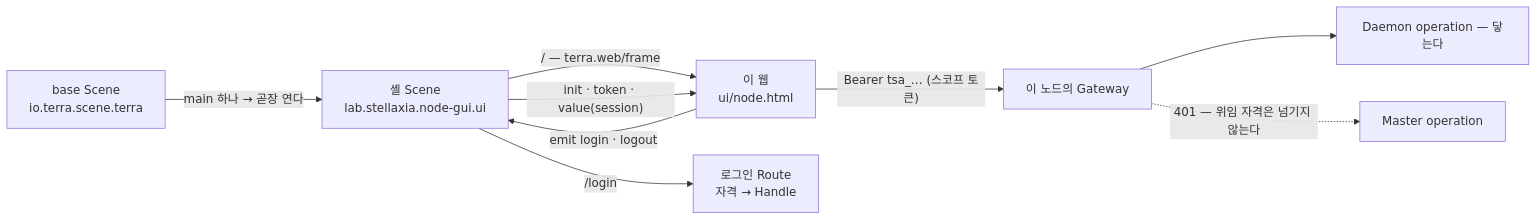
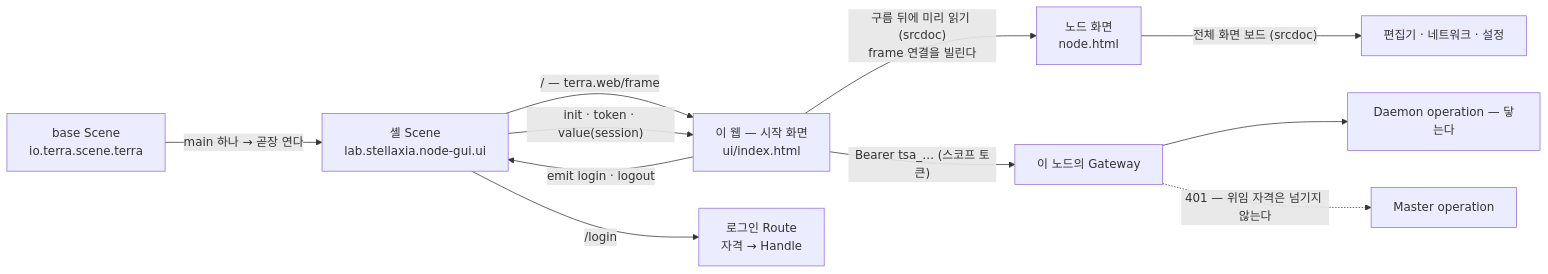
Before and after one commit to StellaxiaLab/modules: the second of 3 diagrams in common/lab.stellaxia.node-gui/web/docs/architecture.md, drawn with Mermaid. The commit also changed other lines of this file and 14 other files, not shown here.

````diff
--- a/common/lab.stellaxia.node-gui/web/docs/architecture.md
+++ b/common/lab.stellaxia.node-gui/web/docs/architecture.md
@@ -132,11 +148,13 @@
 ```mermaid
 flowchart LR
   BASE["base Scene<br/>io.terra.scene.terra"] -->|"main 하나 → 곧장 연다"| SH["셸 Scene<br/>lab.stellaxia.node-gui.ui"]
-  SH -->|"/ — terra.web/frame"| APP["이 웹<br/>ui/node.html"]
+  SH -->|"/ — terra.web/frame"| APP["이 웹 — 시작 화면<br/>ui/index.html"]
+  APP -->|"구름 뒤에 미리 읽기 (srcdoc)<br/>frame 연결을 빌린다"| NODE["노드 화면<br/>node.html"]
+  NODE -->|"전체 화면 보드 (srcdoc)"| BOARD["편집기 · 네트워크 · 설정"]
   SH -->|"/login"| LG["로그인 Route<br/>자격 → Handle"]
   APP -- "emit login · logout" --> SH
   SH -- "init · token · value(session)" --> APP
   APP -->|"Bearer tsa_… (스코프 토큰)"| GW["이 노드의 Gateway"]
   GW --> DM["Daemon operation — 닿는다"]
   GW -. "401 — 위임 자격은 넘기지 않는다" .-> MS["Master operation"]
 ```
````
